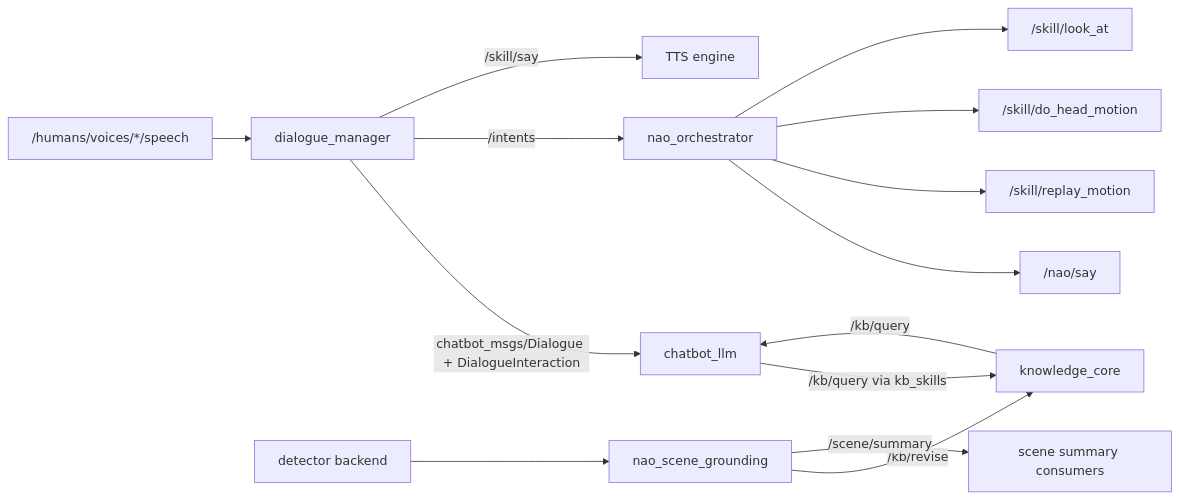
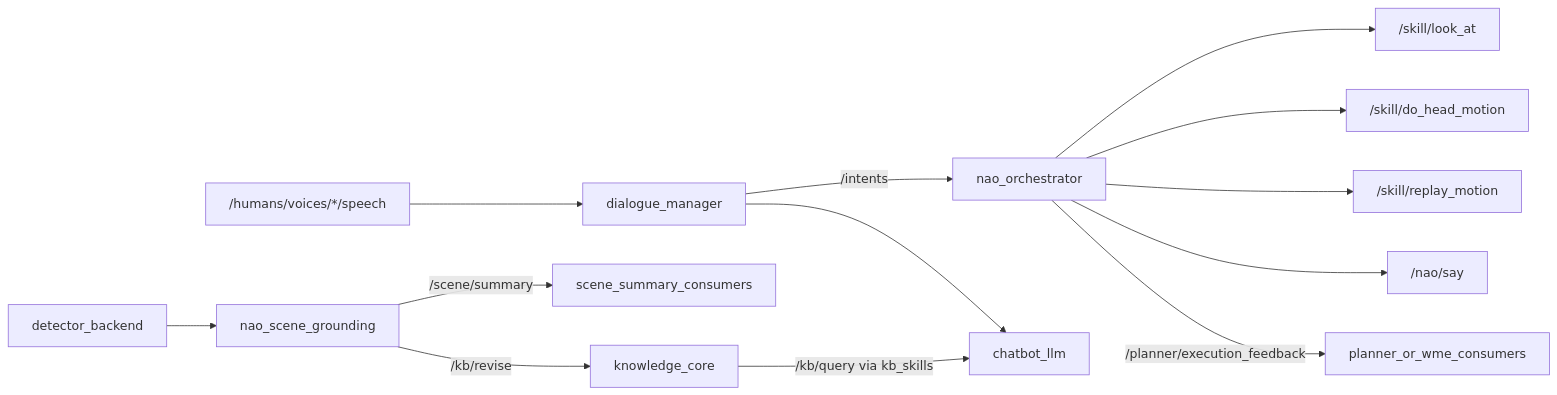
Before and after one commit to ieverythng/nao-ros4hri-bridge: the diagram in docs/node_interactions_map.md, drawn with Mermaid. The commit also changed other lines of this file and 20 other files, not shown here.

First line of the commit message:
feat: Scaffolding for planner_llm

````diff
--- a/docs/node_interactions_map.md
+++ b/docs/node_interactions_map.md
@@ -25,16 +29,15 @@
 ```mermaid
 graph LR
-    Speech["/humans/voices/*/speech"] --> DM["dialogue_manager"]
-    DM -->|chatbot_msgs/Dialogue + DialogueInteraction| CB["chatbot_llm"]
-    CB -->|"/kb/query via kb_skills"| KB["knowledge_core"]
-    DM -->|/intents| ORCH["nao_orchestrator"]
-    DET["detector backend"] --> SG["nao_scene_grounding"]
-    SG -->|/kb/revise| KB["knowledge_core"]
-    SG -->|/scene/summary| SCENE["scene summary consumers"]
-    KB -->|/kb/query| CB
-    ORCH --> SAY["/nao/say"]
-    ORCH --> RM["/skill/replay_motion"]
-    ORCH --> HM["/skill/do_head_motion"]
-    ORCH --> LA["/skill/look_at"]
-    DM -->|/skill/say| TTS["TTS engine"]
+    speech["/humans/voices/*/speech"] --> dm["dialogue_manager"]
+    dm --> chatbot["chatbot_llm"]
+    detector["detector_backend"] --> grounding["nao_scene_grounding"]
+    grounding -->|/kb/revise| kb["knowledge_core"]
+    kb -->|/kb/query via kb_skills| chatbot
+    grounding -->|/scene/summary| summary["scene_summary_consumers"]
+    dm -->|/intents| orch["nao_orchestrator"]
+    orch -->|/planner/execution_feedback| planner["planner_or_wme_consumers"]
+    orch --> say["/nao/say"]
+    orch --> motion["/skill/replay_motion"]
+    orch --> head["/skill/do_head_motion"]
+    orch --> look["/skill/look_at"]
 ```
````
